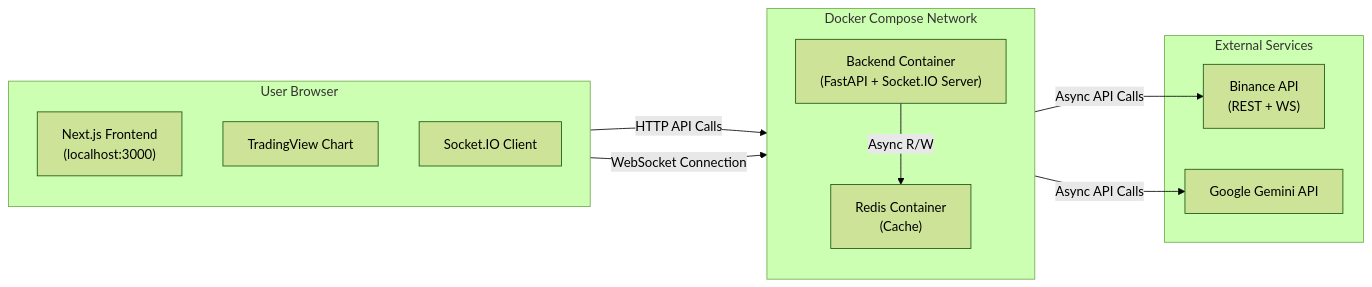
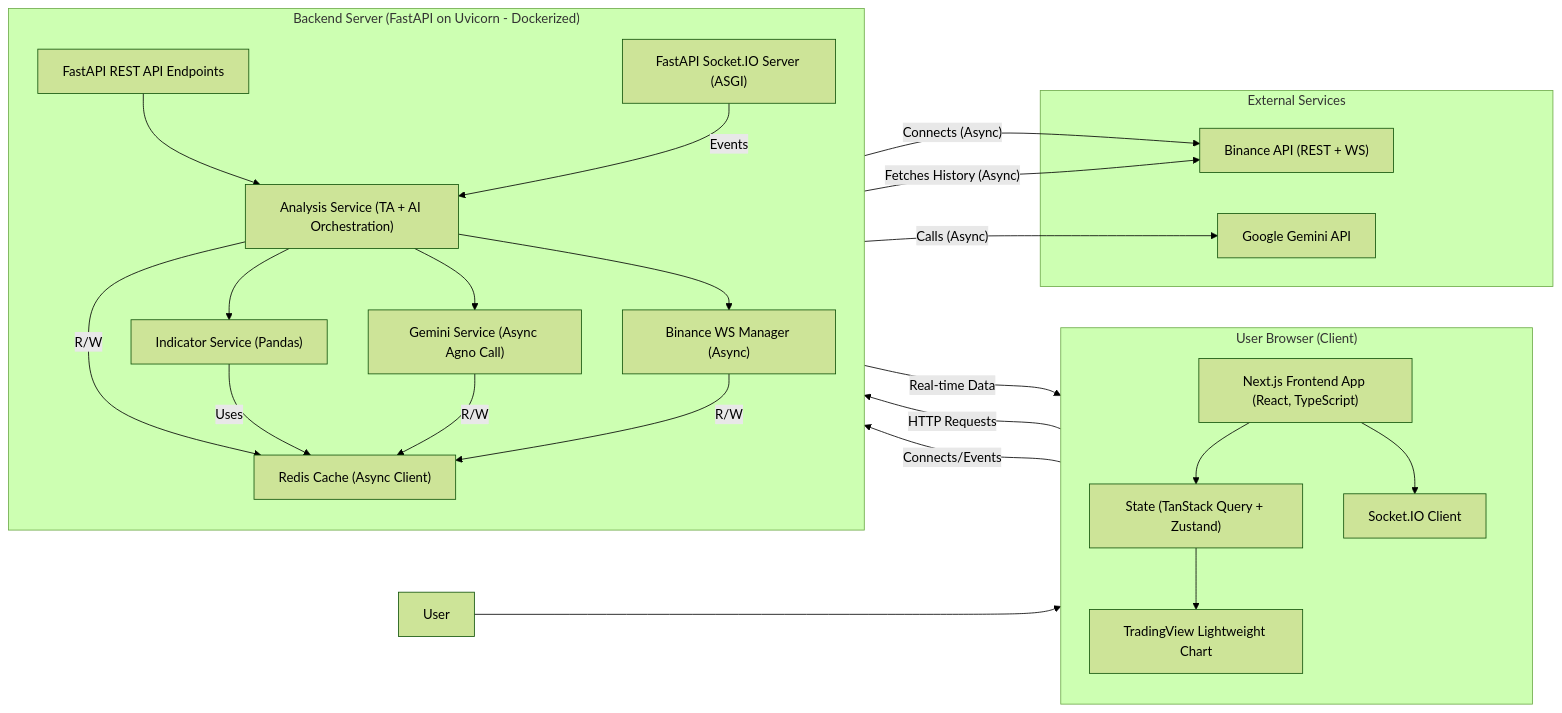
The diagram in README.md (ultimateBroK/Cryage), drawn with Mermaid (forest theme) before and after one commit. The commit also changed other lines of this file, not shown here.

````diff
--- a/README.md
+++ b/README.md
@@ -276,27 +306,47 @@
 ```mermaid
 graph LR
-    subgraph "User Browser"
+    subgraph "User Browser (Client)"
         direction TB
-        UserInterface["Next.js Frontend <br> (localhost:3000)"]
-        Chart["TradingView Chart"]
-        WSClient["Socket.IO Client"]
+        FrontendApp["Next.js Frontend App (React, TypeScript)"]
+        StateMgmt["State (TanStack Query + Zustand)"]
+        TradingChart["TradingView Lightweight Chart"]
+        SocketIOClient["Socket.IO Client"]
+        FrontendApp --> StateMgmt --> TradingChart
+        FrontendApp --> SocketIOClient
     end
 
-    subgraph "Docker Compose Network"
+    subgraph "Backend Server (FastAPI on Uvicorn - Dockerized)"
         direction TB
-        BackendContainer["Backend Container <br> (FastAPI + Socket.IO Server)"]
-        RedisContainer["Redis Container <br> (Cache)"]
+        APIServer["FastAPI REST API Endpoints"]
+        WebSocketServer["FastAPI Socket.IO Server (ASGI)"]
+        AnalysisService["Analysis Service (TA + AI Orchestration)"]
+        RedisCache["Redis Cache (Async Client)"]
+        BinanceManager["Binance WS Manager (Async)"]
+        IndicatorCalc["Indicator Service (Pandas)"]
+        GeminiCaller["Gemini Service (Async Agno Call)"]
 
-        BackendContainer -- "Async R/W" --> RedisContainer
+        APIServer --> AnalysisService
+        WebSocketServer -- Events --> AnalysisService
+        AnalysisService --> IndicatorCalc
+        AnalysisService --> GeminiCaller
+        AnalysisService --> BinanceManager
+        AnalysisService -- R/W --> RedisCache
+        IndicatorCalc -- Uses --> RedisCache
+        GeminiCaller -- R/W --> RedisCache
+        BinanceManager -- R/W --> RedisCache
     end
 
     subgraph "External Services"
-        BinanceAPI["Binance API <br> (REST + WS)"]
-        GeminiAPI["Google Gemini API"]
+        BinanceExchange["Binance API (REST + WS)"]
+        GoogleGemini["Google Gemini API"]
     end
 
-    UserInterface -- "HTTP API Calls" --> BackendContainer;
-    UserInterface -- "WebSocket Connection" --> BackendContainer;
-    BackendContainer -- "Async API Calls" --> BinanceAPI;
-    BackendContainer -- "Async API Calls" --> GeminiAPI;
+    User --> FrontendApp
+    FrontendApp -- "HTTP Requests" --> APIServer
+    SocketIOClient -- "Connects/Events" --> WebSocketServer
+    WebSocketServer -- "Real-time Data" --> SocketIOClient
+
+    BinanceManager -- "Connects (Async)" --> BinanceExchange
+    APIServer -- "Fetches History (Async)" --> BinanceExchange
+    GeminiCaller -- "Calls (Async)" --> GoogleGemini
 ```
````
